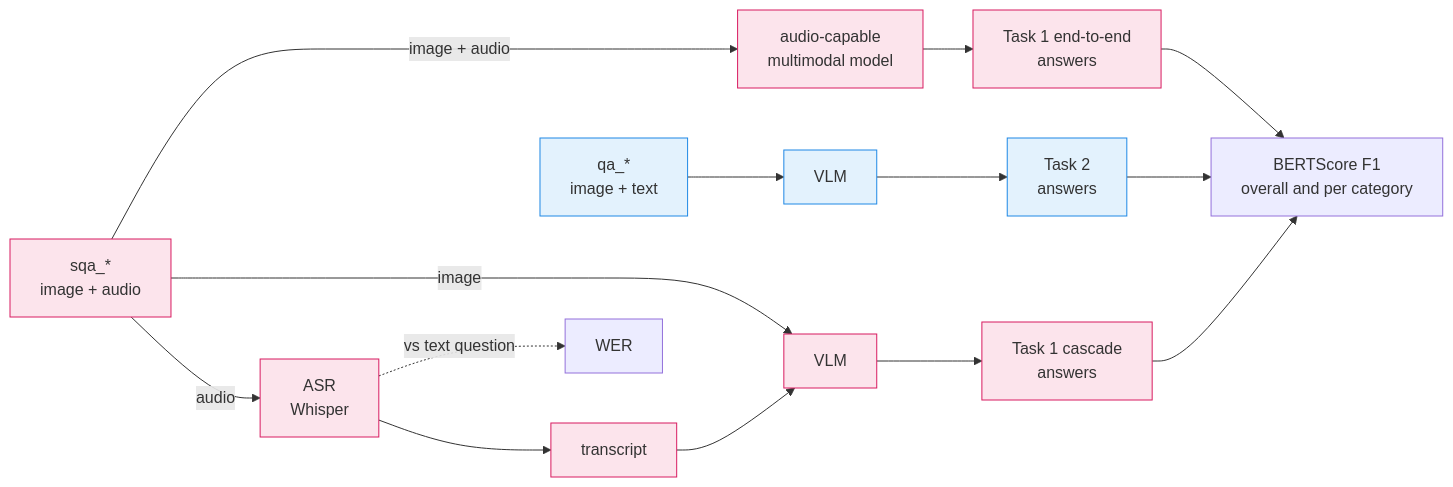
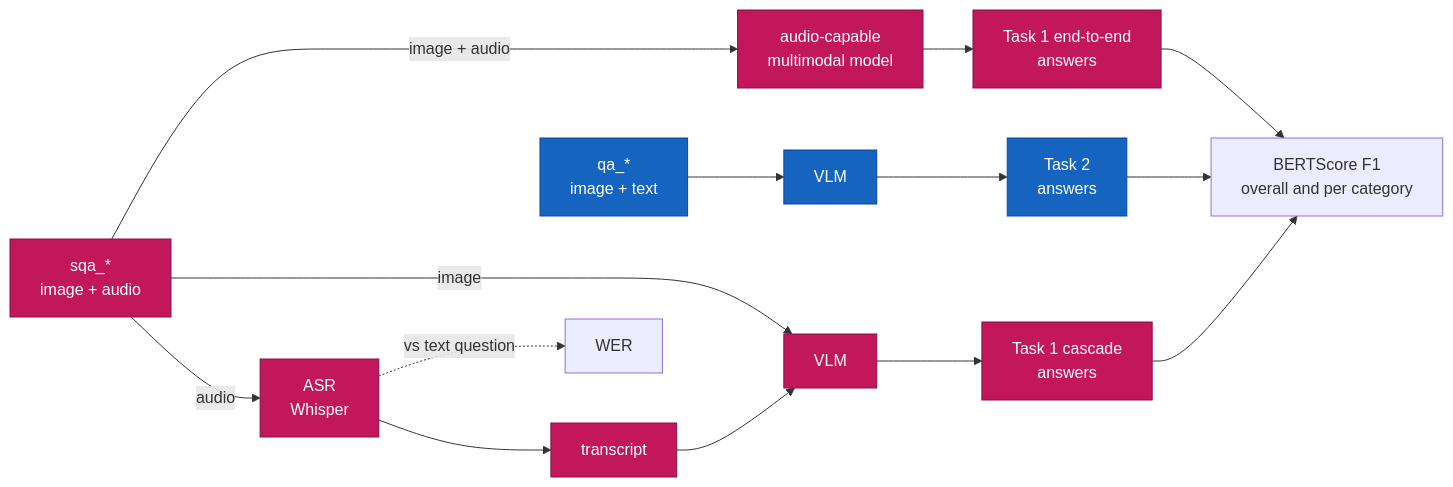
One commit to mohinska/mmculture-qa changed the first of 2 diagrams in README.md. Above: the diagram before and after it, drawn with Mermaid. The commit also changed other lines of this file and 4 other files, not shown here.

````diff
--- a/README.md
+++ b/README.md
@@ -71,24 +71,24 @@
 ```mermaid
 flowchart LR
     SQA["sqa_*<br/>image + audio"] -->|audio| ASR["ASR<br/>Whisper"]
     ASR --> TR["transcript"]
     TR --> VLM1["VLM"]
     SQA -->|image| VLM1
     VLM1 --> P1["Task 1 cascade<br/>answers"]
 
     SQA -->|image + audio| E2E["audio-capable<br/>multimodal model"]
     E2E --> P2["Task 1 end-to-end<br/>answers"]
 
     QA["qa_*<br/>image + text"] --> VLM2["VLM"]
     VLM2 --> P3["Task 2<br/>answers"]
 
     P1 --> EV["BERTScore F1<br/>overall and per category"]
     P2 --> EV
     P3 --> EV
     ASR -.->|vs text question| WER["WER"]
 
-    classDef t1 fill:#fce4ec,stroke:#d81b60
-    classDef t2 fill:#e3f2fd,stroke:#1e88e5
+    classDef t1 fill:#c2185b,stroke:#880e4f,color:#ffffff
+    classDef t2 fill:#1565c0,stroke:#0d47a1,color:#ffffff
     class SQA,ASR,TR,VLM1,P1,E2E,P2 t1
     class QA,VLM2,P3 t2
 ```
````
